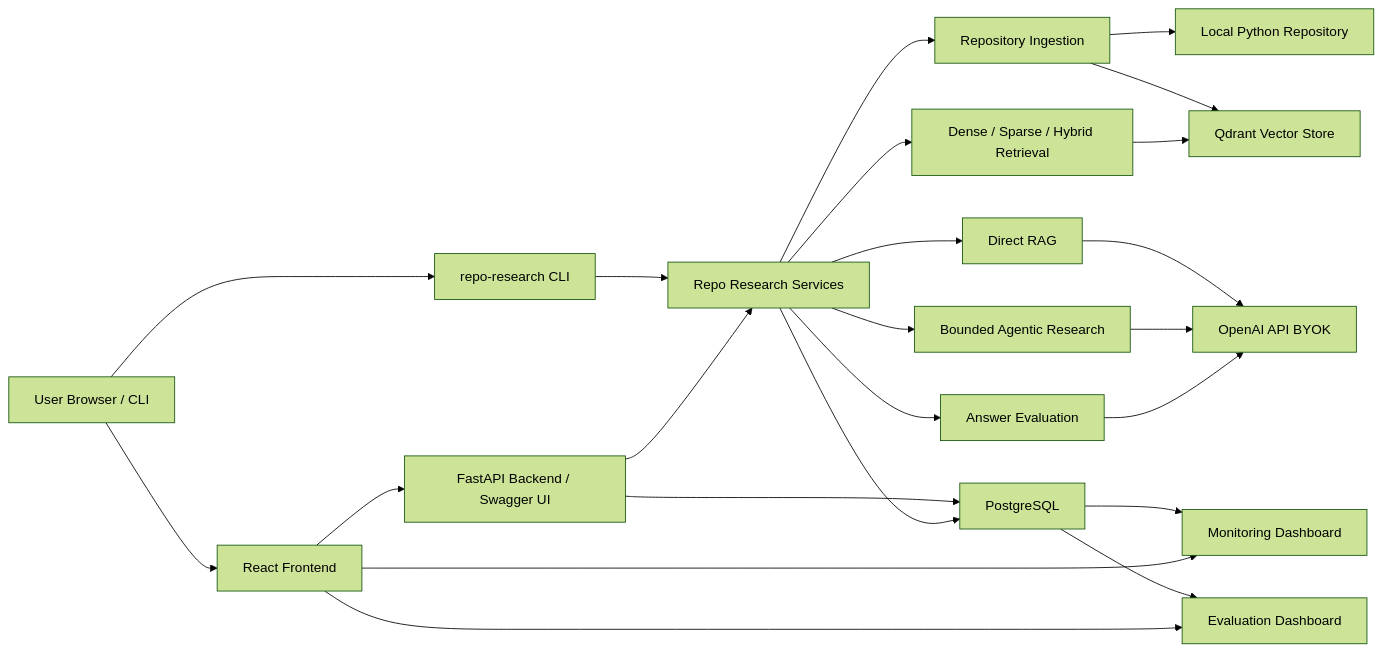
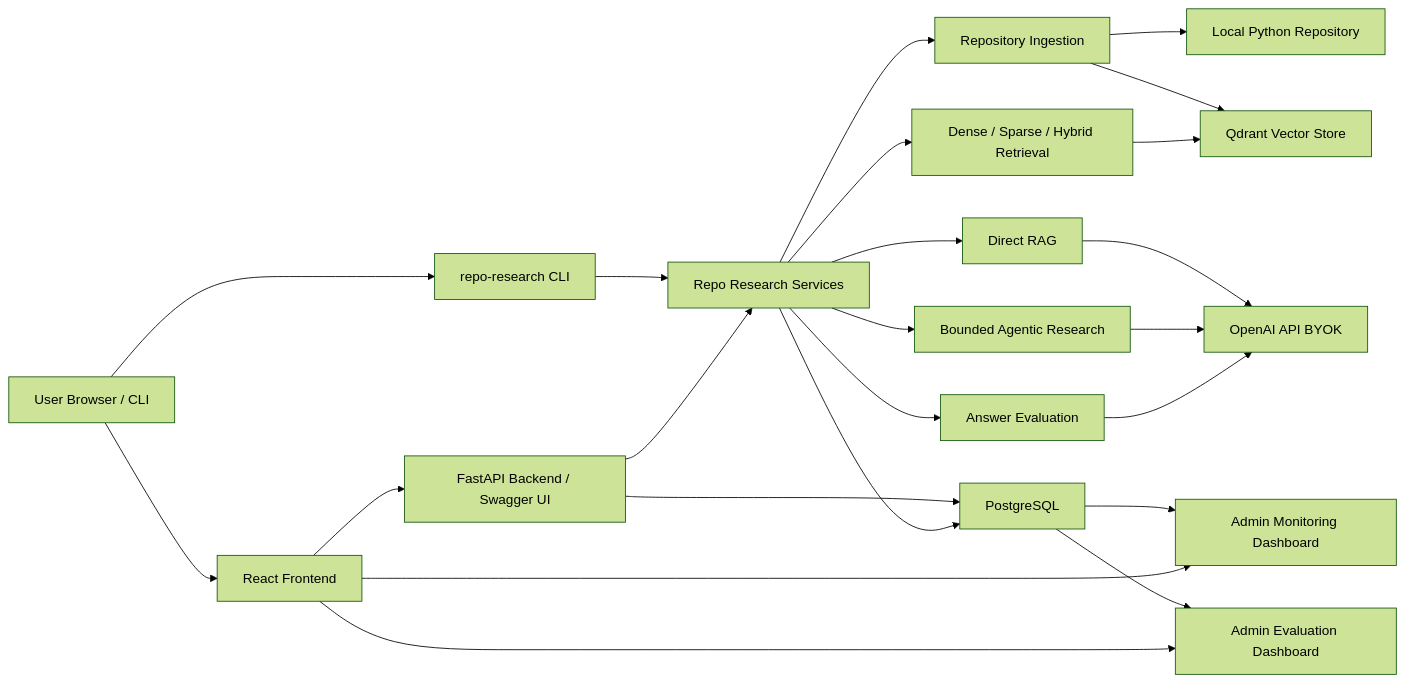
The diagram in docs/architecture.md (dosorio79/repo_deep_research), drawn with Mermaid (forest theme) before and after one commit. The commit also changed other lines of this file and 5 other files, not shown here.

Commit message:
docs: mark monitoring and evaluations as admin surfaces

````diff
--- a/docs/architecture.md
+++ b/docs/architecture.md
@@ -5,31 +5,31 @@
 ```mermaid
 flowchart LR
   User[User Browser / CLI] --> Frontend[React Frontend]
   User --> CLI[repo-research CLI]
 
   Frontend --> API[FastAPI Backend / Swagger UI]
   CLI --> Core[Repo Research Services]
   API --> Core
 
   Core --> Ingestion[Repository Ingestion]
   Core --> Retrieval[Dense / Sparse / Hybrid Retrieval]
   Core --> DirectRAG[Direct RAG]
   Core --> Agentic[Bounded Agentic Research]
   Core --> Evaluation[Answer Evaluation]
 
   Ingestion --> Repo[Local Python Repository]
   Ingestion --> Qdrant[Qdrant Vector Store]
   Retrieval --> Qdrant
 
   DirectRAG --> OpenAI[OpenAI API BYOK]
   Agentic --> OpenAI
   Evaluation --> OpenAI
 
   API --> Postgres[PostgreSQL]
   Core --> Postgres
 
-  Postgres --> Monitoring[Monitoring Dashboard]
-  Postgres --> EvalDash[Evaluation Dashboard]
+  Postgres --> Monitoring[Admin Monitoring Dashboard]
+  Postgres --> EvalDash[Admin Evaluation Dashboard]
   Frontend --> Monitoring
   Frontend --> EvalDash
 ```
````
